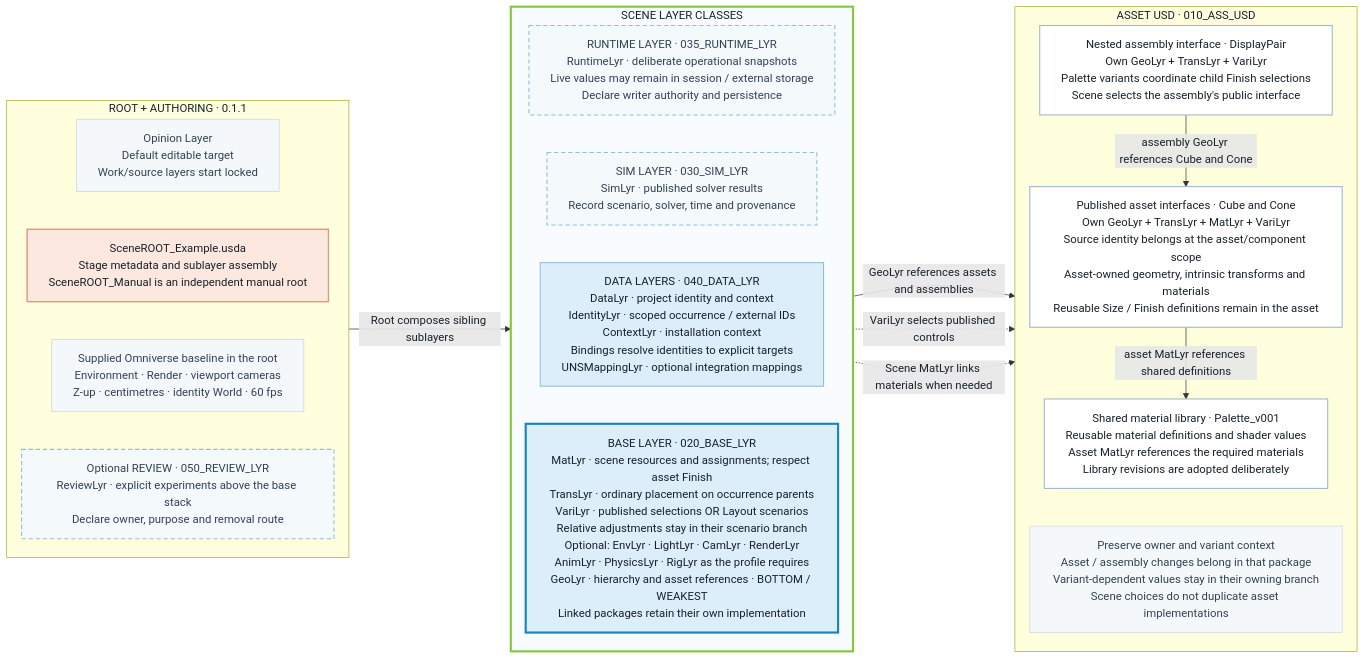
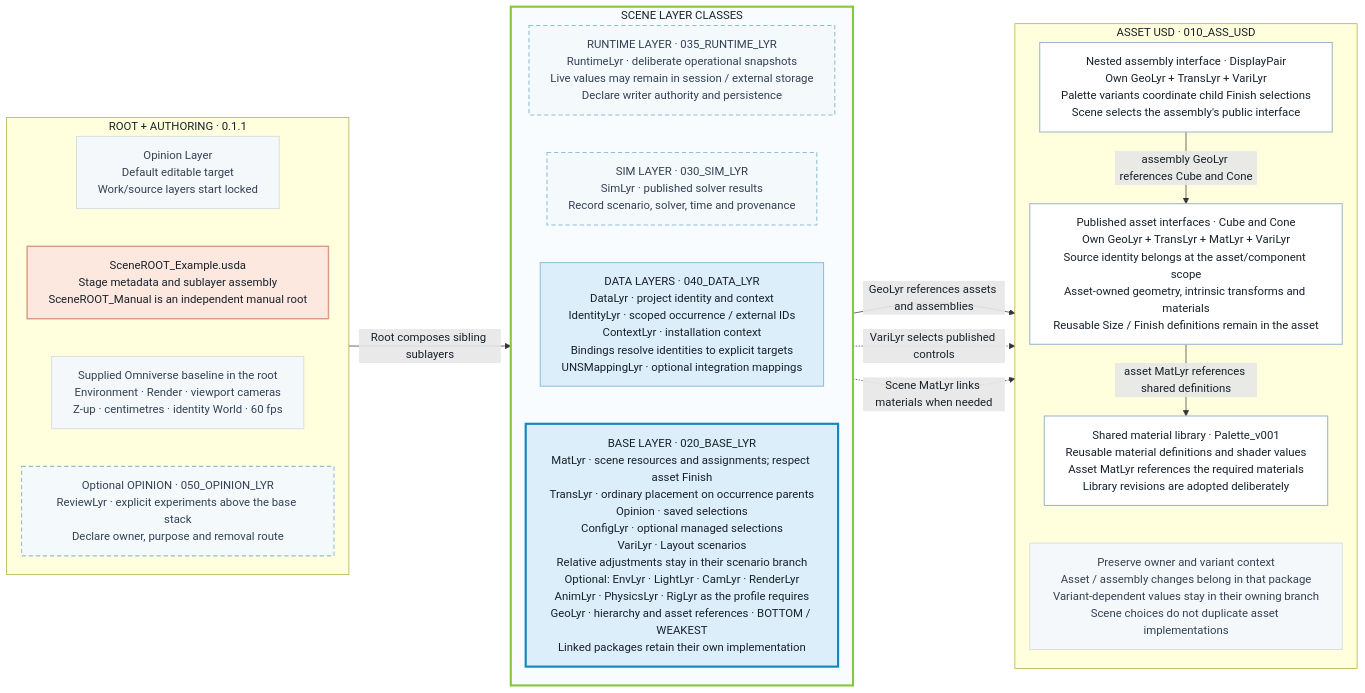
Before and after one commit to jph2/OpenUSD_GoodStart_CompositionContract: the diagram in PROJECT_STRUCTURE.md, drawn with Mermaid. The commit also changed other lines of this file and 221 other files, not shown here.

Commit message:
Simplify composition examples and document motion graphics controls

````diff
--- a/PROJECT_STRUCTURE.md
+++ b/PROJECT_STRUCTURE.md
@@ -25,58 +50,58 @@
 ```mermaid
 %%{init: {"flowchart": {"wrappingWidth": 380, "nodeSpacing": 22, "rankSpacing": 28}}}%%
 flowchart LR
     accTitle: OpenUSD GoodStart Composition Contract 0.1.1 - Root, scene stack and reusable sources
     accDescr: Left to right, the root assembles a vertical scene layer stack with GeoLyr at the bottom. Reusable assets, assemblies and materials retain their own implementation and variant context.
     %% Connect the column subgraphs, keeping their internal TB layout intact.
     subgraph ENTRY["ROOT + AUTHORING · 0.1.1"]
         direction TB
         Session["Opinion Layer<br/>Default editable target<br/>Work/source layers start locked"]
         R["SceneROOT_Example.usda<br/>Stage metadata and sublayer assembly<br/>SceneROOT_Manual is an independent manual root"]
         Startup["Supplied Omniverse baseline in the root<br/>Environment · Render · viewport cameras<br/>Z-up · centimetres · identity World · 60 fps"]
         Session ~~~ R
         R ~~~ Startup
-        Review["Optional REVIEW · 050_REVIEW_LYR<br/>ReviewLyr · explicit experiments above the base stack<br/>Declare owner, purpose and removal route"]
+        Review["Optional OPINION · 050_OPINION_LYR<br/>ReviewLyr · explicit experiments above the base stack<br/>Declare owner, purpose and removal route"]
         Startup ~~~ Review
     end
 
     subgraph STACK["SCENE LAYER CLASSES"]
         direction TB
         RT["RUNTIME LAYER · 035_RUNTIME_LYR<br/>RuntimeLyr · deliberate operational snapshots<br/>Live values may remain in session / external storage<br/>Declare writer authority and persistence"]
         S["SIM LAYER · 030_SIM_LYR<br/>SimLyr · published solver results<br/>Record scenario, solver, time and provenance"]
         D["DATA LAYERS · 040_DATA_LYR<br/>DataLyr · project identity and context<br/>IdentityLyr · scoped occurrence / external IDs<br/>ContextLyr · installation context<br/>Bindings resolve identities to explicit targets<br/>UNSMappingLyr · optional integration mappings"]
-        BASE["BASE LAYER · 020_BASE_LYR<br/>MatLyr · scene resources and assignments; respect asset Finish<br/>TransLyr · ordinary placement on occurrence parents<br/>VariLyr · published selections OR Layout scenarios<br/>Relative adjustments stay in their scenario branch<br/>Optional: EnvLyr · LightLyr · CamLyr · RenderLyr<br/>AnimLyr · PhysicsLyr · RigLyr as the profile requires<br/>GeoLyr · hierarchy and asset references · BOTTOM / WEAKEST<br/>Linked packages retain their own implementation"]
+        BASE["BASE LAYER · 020_BASE_LYR<br/>MatLyr · scene resources and assignments; respect asset Finish<br/>TransLyr · ordinary placement on occurrence parents<br/>Opinion · saved selections<br/>ConfigLyr · optional managed selections<br/>VariLyr · Layout scenarios<br/>Relative adjustments stay in their scenario branch<br/>Optional: EnvLyr · LightLyr · CamLyr · RenderLyr<br/>AnimLyr · PhysicsLyr · RigLyr as the profile requires<br/>GeoLyr · hierarchy and asset references · BOTTOM / WEAKEST<br/>Linked packages retain their own implementation"]
         RT ~~~ S
         S ~~~ D
         D ~~~ BASE
     end
 
     subgraph SRC["ASSET USD · 010_ASS_USD"]
         direction TB
         B["Nested assembly interface · DisplayPair<br/>Own GeoLyr + TransLyr + VariLyr<br/>Palette variants coordinate child Finish selections<br/>Scene selects the assembly's public interface"]
         A["Published asset interfaces · Cube and Cone<br/>Own GeoLyr + TransLyr + MatLyr + VariLyr<br/>Source identity belongs at the asset/component scope<br/>Asset-owned geometry, intrinsic transforms and materials<br/>Reusable Size / Finish definitions remain in the asset"]
         Library["Shared material library · Palette_v001<br/>Reusable material definitions and shader values<br/>Asset MatLyr references the required materials<br/>Library revisions are adopted deliberately"]
         Context["Preserve owner and variant context<br/>Asset / assembly changes belong in that package<br/>Variant-dependent values stay in their owning branch<br/>Scene choices do not duplicate asset implementations"]
         B -->|"assembly GeoLyr references Cube and Cone"| A
         A -->|"asset MatLyr references shared definitions"| Library
         Library ~~~ Context
     end
 
     ENTRY -->|"Root composes sibling sublayers"| STACK
     STACK -->|"GeoLyr references assets and assemblies"| SRC
     STACK -.->|"VariLyr selects published controls"| SRC
     STACK -.->|"Scene MatLyr links materials when needed"| SRC
 
     classDef root fill:#fde8df,stroke:#d99b84,color:#17212b,stroke-width:2px
     classDef layer fill:#dceef9,stroke:#91bfd8,color:#17212b,stroke-width:1.5px
     classDef optional fill:#f4f9fc,stroke:#91bfd8,color:#334155,stroke-width:1.5px,stroke-dasharray:6 4
     classDef base fill:#dceef9,stroke:#1685bd,color:#17212b,stroke-width:3px
     classDef asset fill:#ffffff,stroke:#9db9c8,color:#17212b,stroke-width:1.5px
     classDef note fill:#f5f8fa,stroke:#cbd6dc,color:#334155
     class R root
     class D layer
     class RT,S,Review optional
     class BASE base
     class B,A,Library asset
     class Session,Startup,Context note
     style STACK fill:#f8fcff,stroke:#84c83d,stroke-width:3px
 ```
````
